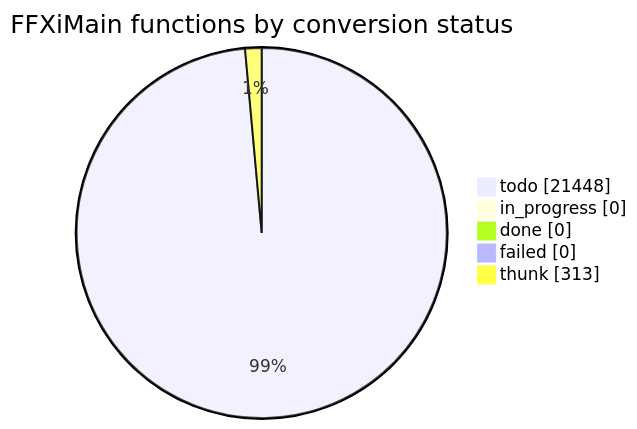
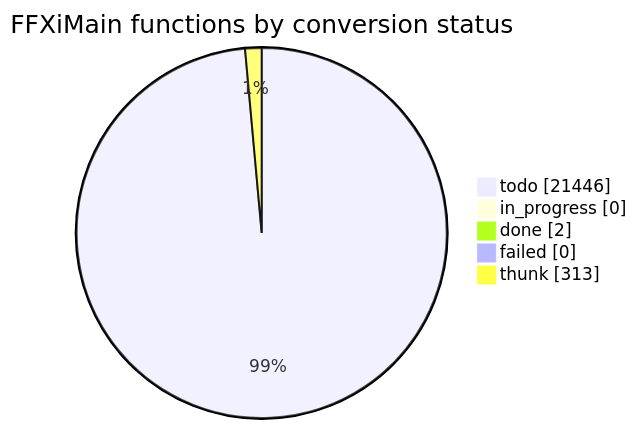
One commit to cowrevenge/cow_kuluu_xi_anything changed the diagram in docs/cow/STATUS.md. Above: the diagram before and after it, drawn with Mermaid. The commit also changed other lines of this file and 5 other files, not shown here.

````diff
--- a/docs/cow/STATUS.md
+++ b/docs/cow/STATUS.md
@@ -18,9 +18,9 @@
 ```mermaid
 pie showData
     title FFXiMain functions by conversion status
-    "todo" : 21448
+    "todo" : 21446
     "in_progress" : 0
-    "done" : 0
+    "done" : 2
     "failed" : 0
     "thunk" : 313
 ```
````
